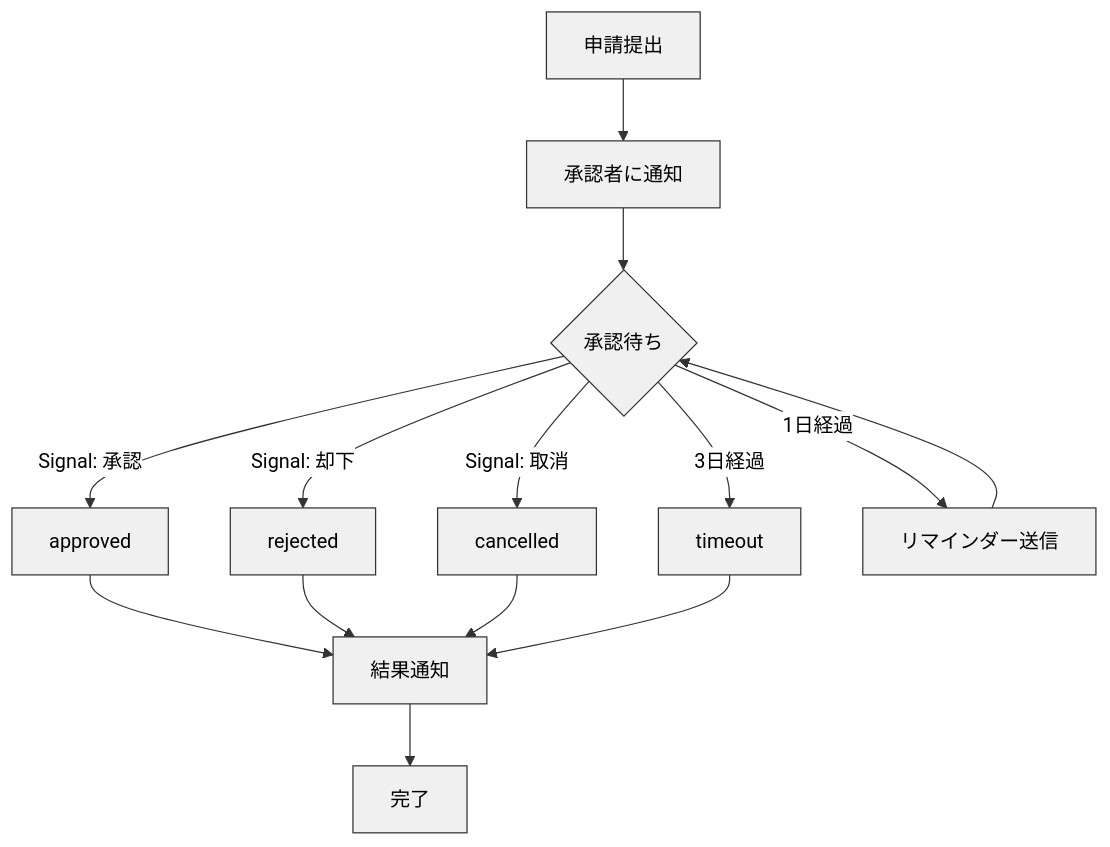
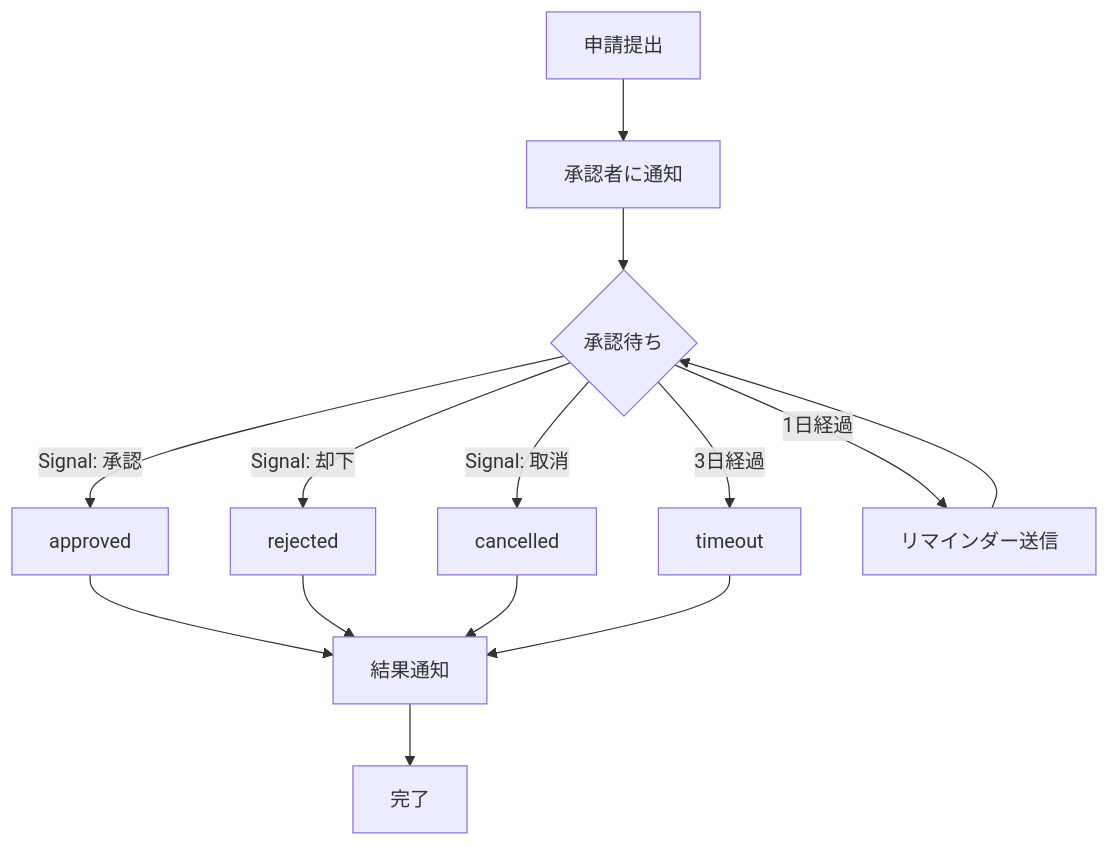
Before and after one commit to tokiwa-org/temporal: the third of 4 diagrams in docs/temporal.md, drawn with Mermaid. The commit also changed other lines of this file, not shown here.

First line of the commit message:
Mermaid図をdefaultテーマに変更

````diff
--- a/docs/temporal.md
+++ b/docs/temporal.md
@@ -563,17 +563,17 @@
 ```mermaid
-%%{init: {'theme': 'base', 'themeVariables': {'primaryColor': '#f0f0f0', 'primaryTextColor': '#000', 'primaryBorderColor': '#333', 'lineColor': '#333', 'secondaryColor': '#fff', 'tertiaryColor': '#fff', 'background': '#fff'}}}%%
+%%{init: {'theme': 'default'}}%%
 flowchart TD
     A[申請提出] --> B[承認者に通知]
     B --> C{承認待ち}
     C -->|Signal: 承認| D[approved]
     C -->|Signal: 却下| E[rejected]
     C -->|Signal: 取消| F[cancelled]
     C -->|3日経過| G[timeout]
     C -->|1日経過| H[リマインダー送信]
     H --> C
     D --> I[結果通知]
     E --> I
     F --> I
     G --> I
     I --> J[完了]
 ```
````
